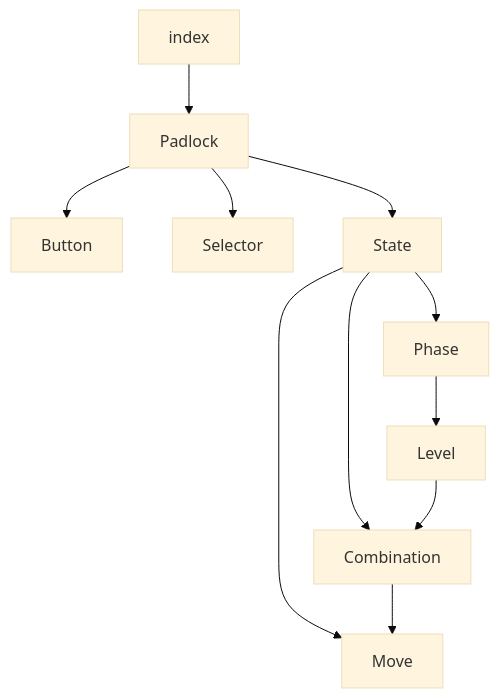
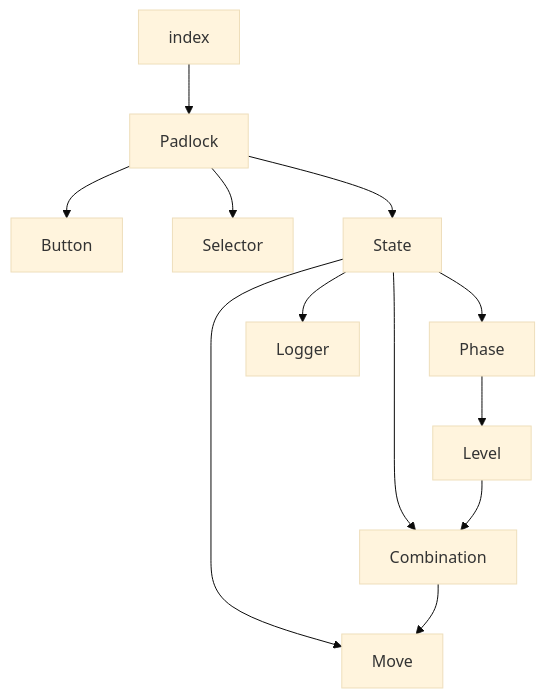
Before and after one commit to reimf/hangslot24: the diagram in spec/class-dependency-graph.md, drawn with Mermaid (base theme). The commit also changed 5 other files, not shown here.

````diff
--- a/spec/class-dependency-graph.md
+++ b/spec/class-dependency-graph.md
@@ -3,13 +3,14 @@
 ```mermaid
 graph TD
     index --> Padlock
     Padlock --> Button
     Padlock --> Selector
     Padlock --> State
     State --> Move
     State --> Combination
     State --> Phase
+    State --> Logger
     Phase --> Level
     Level --> Combination
     Combination --> Move
 ```
````
